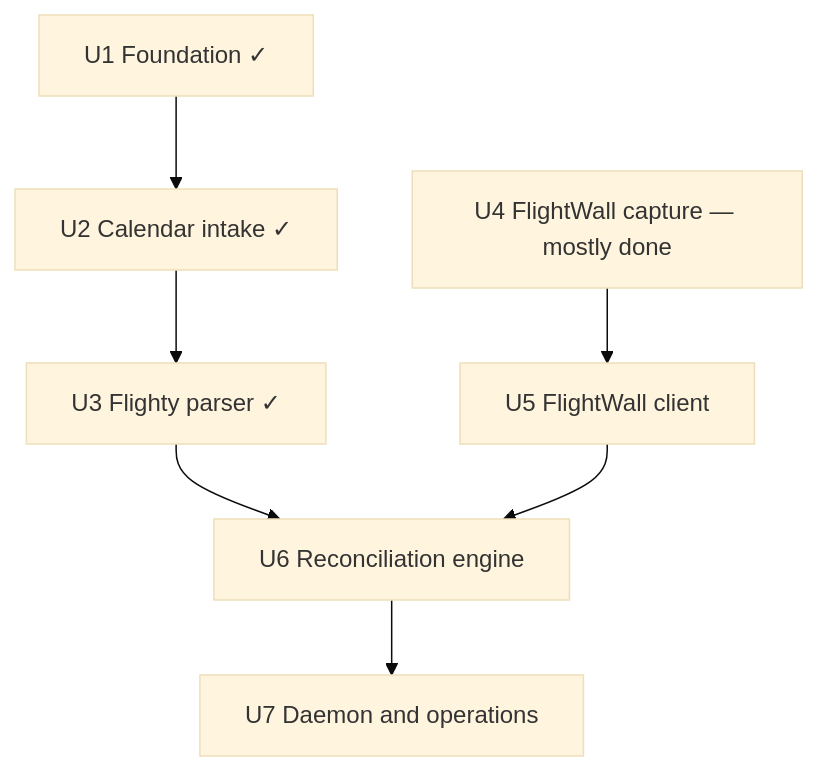
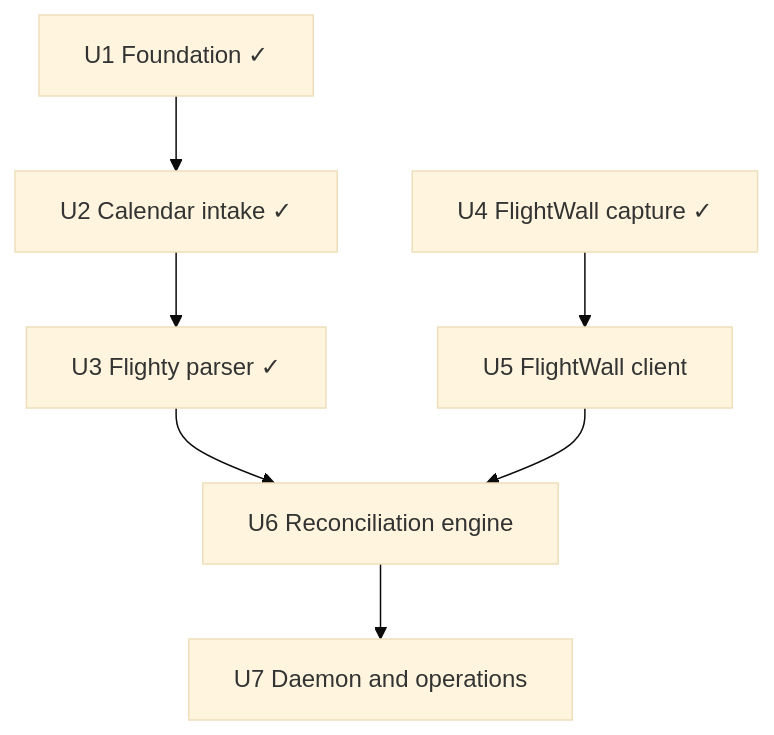
The third of 3 diagrams in docs/plans/2026-09-21-001-feat-flighty-flightwall-sync-plan.md (butlerx/flighty-wall), drawn with Mermaid (base theme) before and after one commit. The commit also changed other lines of this file and 5 other files, not shown here.

First line of the commit message:
docs: close the FlightWall capability gate from the shell probes

````diff
--- a/docs/plans/2026-09-21-001-feat-flighty-flightwall-sync-plan.md
+++ b/docs/plans/2026-09-21-001-feat-flighty-flightwall-sync-plan.md
@@ -265,16 +269,16 @@
 ```mermaid
 flowchart TB
     U1[U1 Foundation ✓]
     U2[U2 Calendar intake ✓]
     U3[U3 Flighty parser ✓]
-    U4[U4 FlightWall capture — mostly done]
+    U4[U4 FlightWall capture ✓]
     U5[U5 FlightWall client]
     U6[U6 Reconciliation engine]
     U7[U7 Daemon and operations]
 
     U1 --> U2 --> U3
     U4 --> U5
     U3 --> U6
     U5 --> U6
     U6 --> U7
 ```
````
